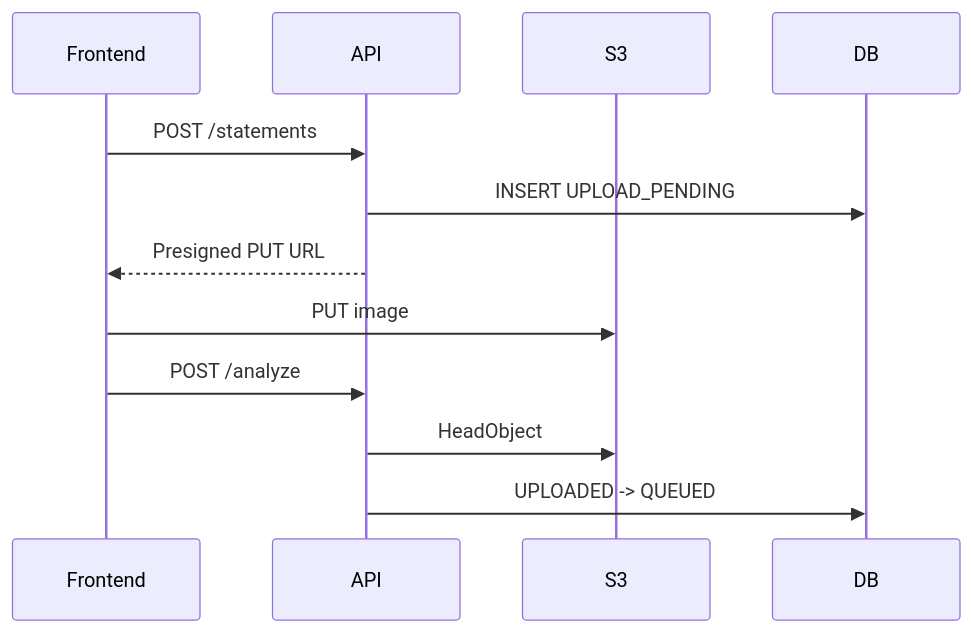
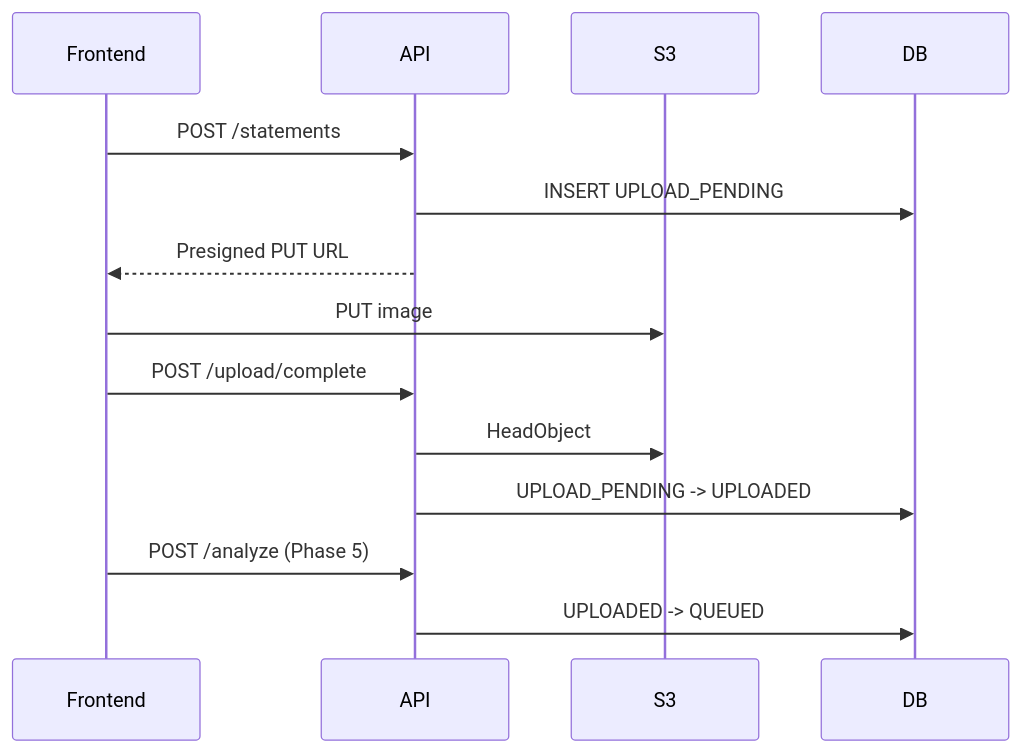
One commit to tiri641/ai-statement-analyzer changed the second of 5 diagrams in docs/architecture.md. Above: the diagram before and after it, drawn with Mermaid. The commit also changed other lines of this file and 30 other files, not shown here.

````diff
--- a/docs/architecture.md
+++ b/docs/architecture.md
@@ -25,14 +25,16 @@
 ```mermaid
 sequenceDiagram
   participant F as Frontend
   participant A as API
   participant S as S3
   participant D as DB
   F->>A: POST /statements
   A->>D: INSERT UPLOAD_PENDING
   A-->>F: Presigned PUT URL
   F->>S: PUT image
-  F->>A: POST /analyze
+  F->>A: POST /upload/complete
   A->>S: HeadObject
+  A->>D: UPLOAD_PENDING -> UPLOADED
+  F->>A: POST /analyze (Phase 5)
   A->>D: UPLOADED -> QUEUED
 ```
````
